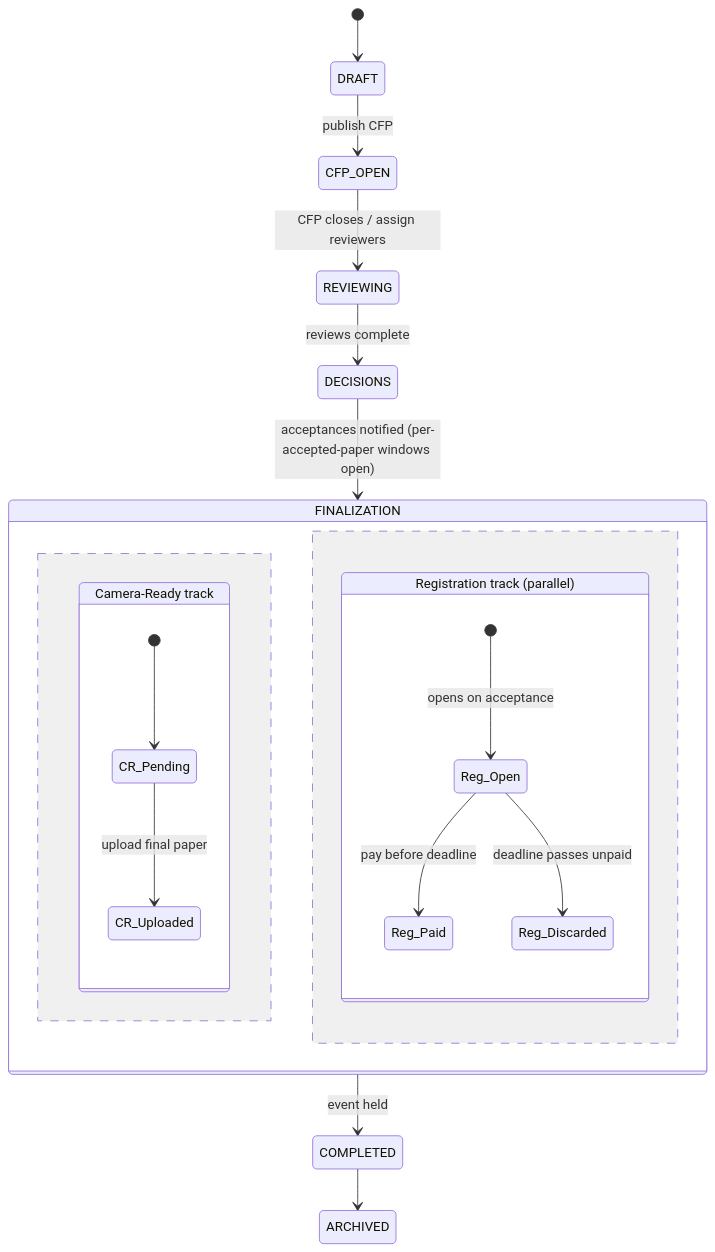
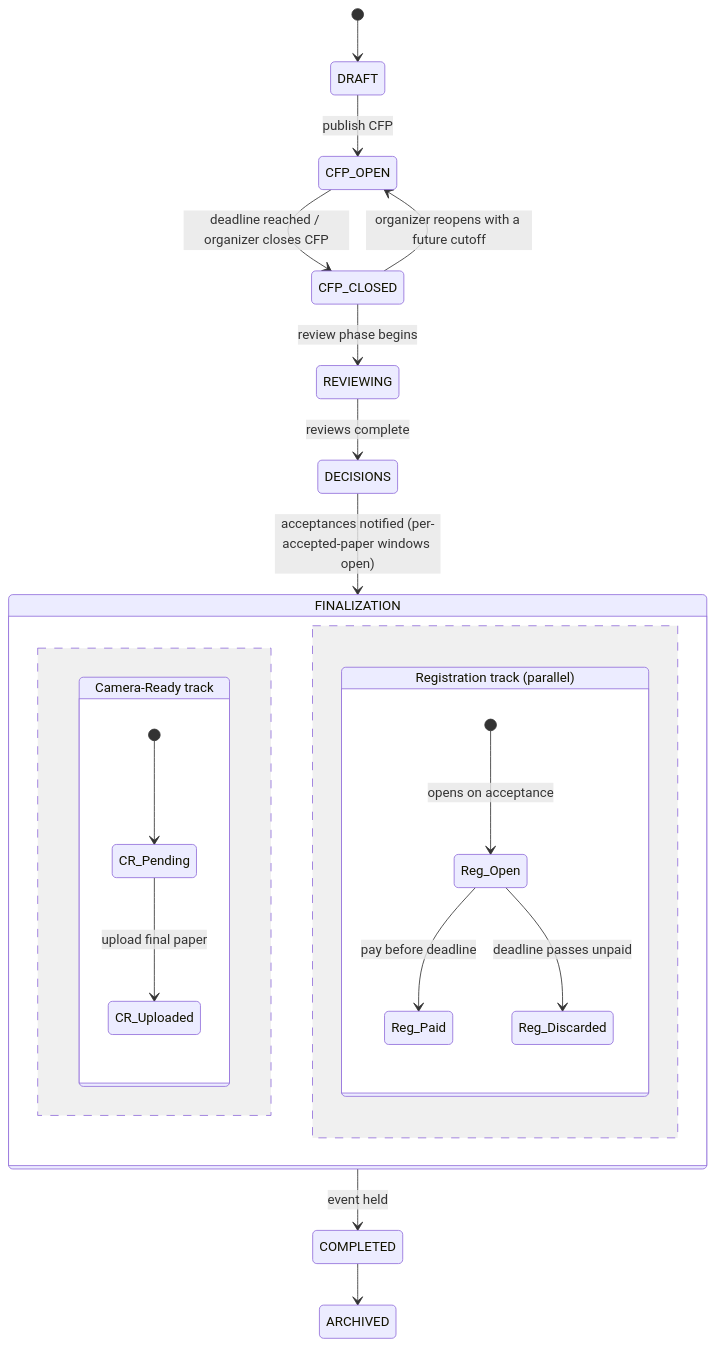
One commit to AyushBalyan/OpenConferences changed the fifth of 13 diagrams in docs/SYSTEM_DESIGN.md. Above: the diagram before and after it, drawn with Mermaid. The commit also changed other lines of this file and 35 other files, not shown here.

````diff
--- a/docs/SYSTEM_DESIGN.md
+++ b/docs/SYSTEM_DESIGN.md
@@ -694,23 +694,25 @@
 ```mermaid
 stateDiagram-v2
   [*] --> DRAFT
   DRAFT --> CFP_OPEN: publish CFP
-  CFP_OPEN --> REVIEWING: CFP closes / assign reviewers
+  CFP_OPEN --> CFP_CLOSED: deadline reached / organizer closes CFP
+  CFP_CLOSED --> CFP_OPEN: organizer reopens with a future cutoff
+  CFP_CLOSED --> REVIEWING: review phase begins
   REVIEWING --> DECISIONS: reviews complete
   DECISIONS --> FINALIZATION: acceptances notified (per-accepted-paper windows open)
   state FINALIZATION {
     direction LR
     state "Camera-Ready track" as CR {
       [*] --> CR_Pending
       CR_Pending --> CR_Uploaded: upload final paper
     }
     --
     state "Registration track (parallel)" as REG {
       [*] --> Reg_Open: opens on acceptance
       Reg_Open --> Reg_Paid: pay before deadline
       Reg_Open --> Reg_Discarded: deadline passes unpaid
     }
   }
   FINALIZATION --> COMPLETED: event held
   COMPLETED --> ARCHIVED
 ```
````
